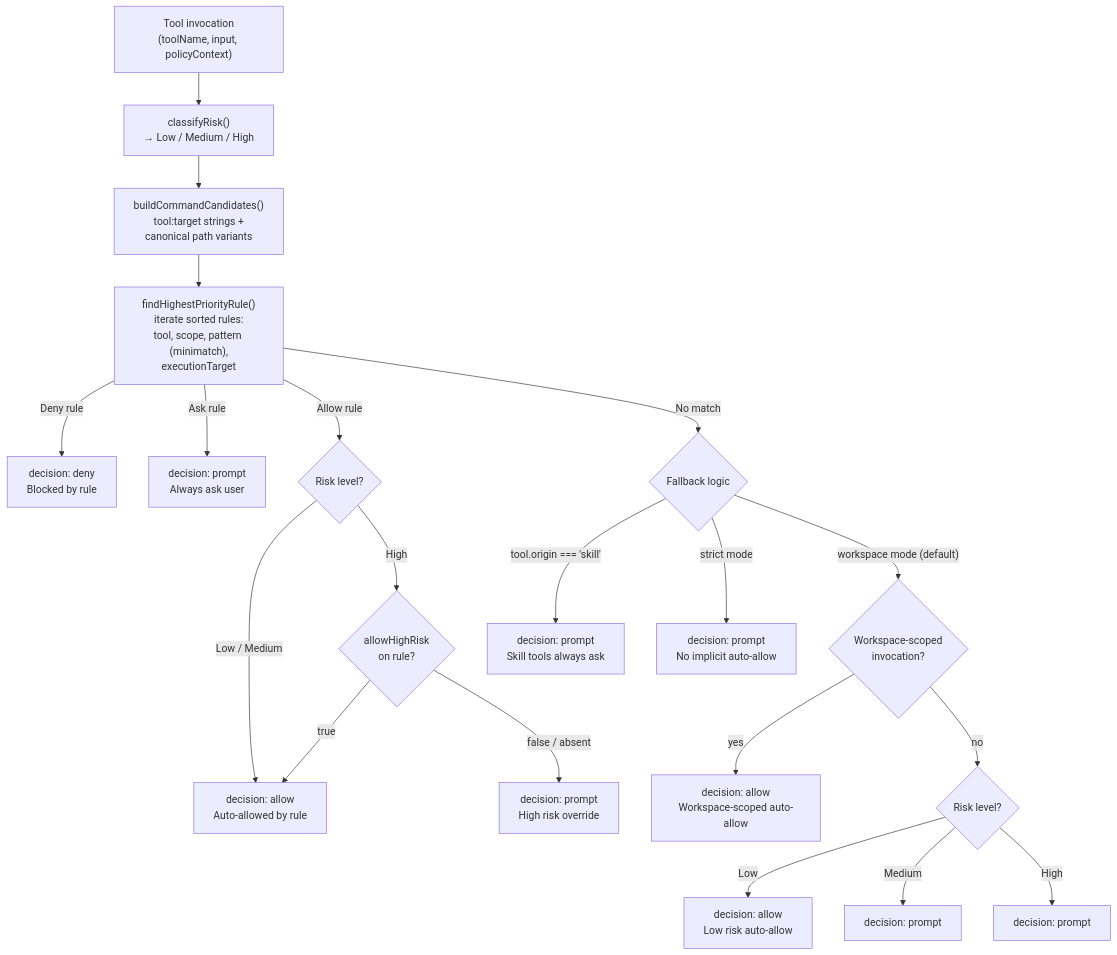
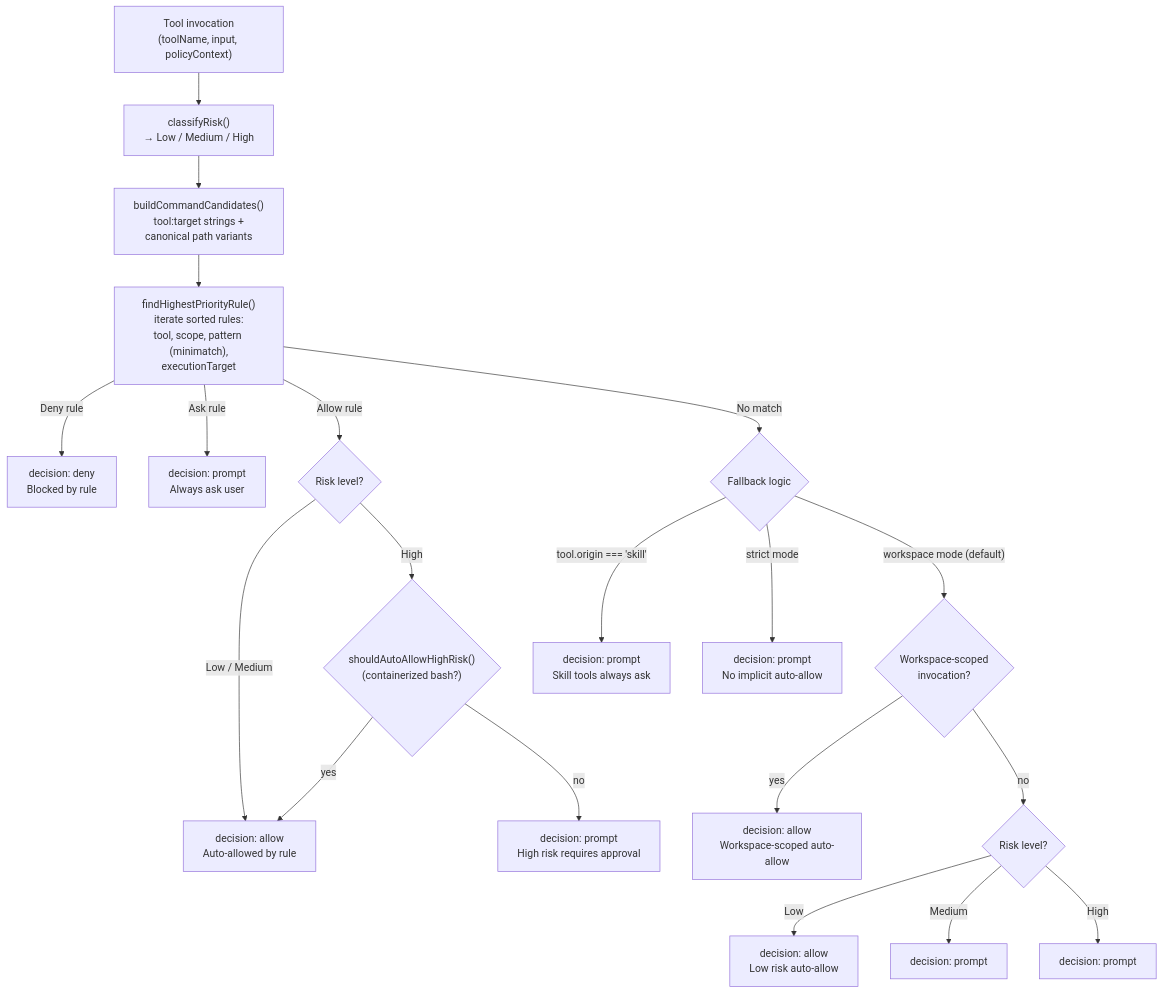
One commit to vellum-ai/vellum-assistant changed the first of 4 diagrams in assistant/docs/architecture/security.md. Above: the diagram before and after it, drawn with Mermaid. The commit also changed other lines of this file and 47 other files, not shown here.

Commit message:
refactor: remove allowHighRisk from trust rules, replace with runtime determination

````diff
--- a/assistant/docs/architecture/security.md
+++ b/assistant/docs/architecture/security.md
@@ -11,25 +11,25 @@
 ```mermaid
 graph TB
     TOOL_CALL["Tool invocation<br/>(toolName, input, policyContext)"] --> CLASSIFY["classifyRisk()<br/>→ Low / Medium / High"]
     CLASSIFY --> CANDIDATES["buildCommandCandidates()<br/>tool:target strings +<br/>canonical path variants"]
     CANDIDATES --> FIND_RULE["findHighestPriorityRule()<br/>iterate sorted rules:<br/>tool, scope, pattern (minimatch),<br/>executionTarget"]
 
     FIND_RULE -->|"Deny rule"| DENY["decision: deny<br/>Blocked by rule"]
     FIND_RULE -->|"Ask rule"| PROMPT_ASK["decision: prompt<br/>Always ask user"]
     FIND_RULE -->|"Allow rule"| RISK_CHECK{"Risk level?"}
     FIND_RULE -->|"No match"| NO_MATCH{"Fallback logic"}
 
     RISK_CHECK -->|"Low / Medium"| AUTO_ALLOW["decision: allow<br/>Auto-allowed by rule"]
-    RISK_CHECK -->|"High"| HIGH_CHECK{"allowHighRisk<br/>on rule?"}
-    HIGH_CHECK -->|"true"| AUTO_ALLOW
-    HIGH_CHECK -->|"false / absent"| PROMPT_HIGH["decision: prompt<br/>High risk override"]
+    RISK_CHECK -->|"High"| HIGH_CHECK{"shouldAutoAllowHighRisk()<br/>(containerized bash?)"}
+    HIGH_CHECK -->|"yes"| AUTO_ALLOW
+    HIGH_CHECK -->|"no"| PROMPT_HIGH["decision: prompt<br/>High risk requires approval"]
 
     NO_MATCH -->|"tool.origin === 'skill'"| PROMPT_SKILL["decision: prompt<br/>Skill tools always ask"]
     NO_MATCH -->|"strict mode"| PROMPT_STRICT["decision: prompt<br/>No implicit auto-allow"]
     NO_MATCH -->|"workspace mode (default)"| WS_CHECK{"Workspace-scoped<br/>invocation?"}
     WS_CHECK -->|"yes"| AUTO_WS["decision: allow<br/>Workspace-scoped auto-allow"]
     WS_CHECK -->|"no"| RISK_FALLBACK_WS{"Risk level?"}
     RISK_FALLBACK_WS -->|"Low"| AUTO_WS_LOW["decision: allow<br/>Low risk auto-allow"]
     RISK_FALLBACK_WS -->|"Medium"| PROMPT_WS_MED["decision: prompt"]
     RISK_FALLBACK_WS -->|"High"| PROMPT_WS_HIGH["decision: prompt"]
 ```
````
